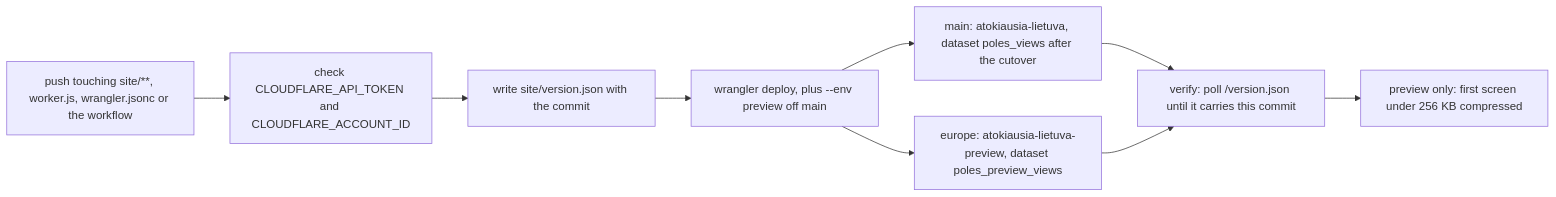
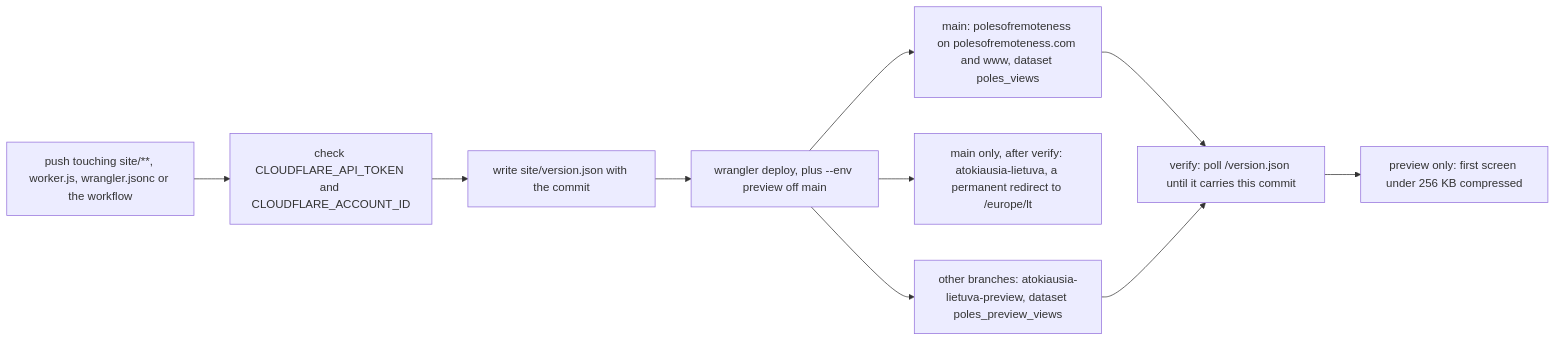
One commit to donataskasp/poles-of-remoteness changed the second of 4 diagrams in docs/diagrams/03-deploy.md. Above: the diagram before and after it, drawn with Mermaid. The commit also changed other lines of this file and 5 other files, not shown here.

Commit message:
docs: the cutover state; polesofremoteness.com live, stage 6 done, the LT era recorded as history (#12)

````diff
--- a/docs/diagrams/03-deploy.md
+++ b/docs/diagrams/03-deploy.md
@@ -21,11 +21,12 @@
 ```mermaid
 flowchart LR
     push["push touching site/**, worker.js, wrangler.jsonc or the workflow"] --> creds["check CLOUDFLARE_API_TOKEN and CLOUDFLARE_ACCOUNT_ID"]
     creds --> stamp["write site/version.json with the commit"]
     stamp --> deploy["wrangler deploy, plus --env preview off main"]
-    deploy --> prod["main: atokiausia-lietuva, dataset poles_views after the cutover"]
-    deploy --> prev["europe: atokiausia-lietuva-preview, dataset poles_preview_views"]
+    deploy --> prod["main: polesofremoteness on polesofremoteness.com and www, dataset poles_views"]
+    deploy --> redir["main only, after verify: atokiausia-lietuva, a permanent redirect to /europe/lt"]
+    deploy --> prev["other branches: atokiausia-lietuva-preview, dataset poles_preview_views"]
     prod --> ver["verify: poll /version.json until it carries this commit"]
     prev --> ver
     ver --> budget["preview only: first screen under 256 KB compressed"]
 ```
````
